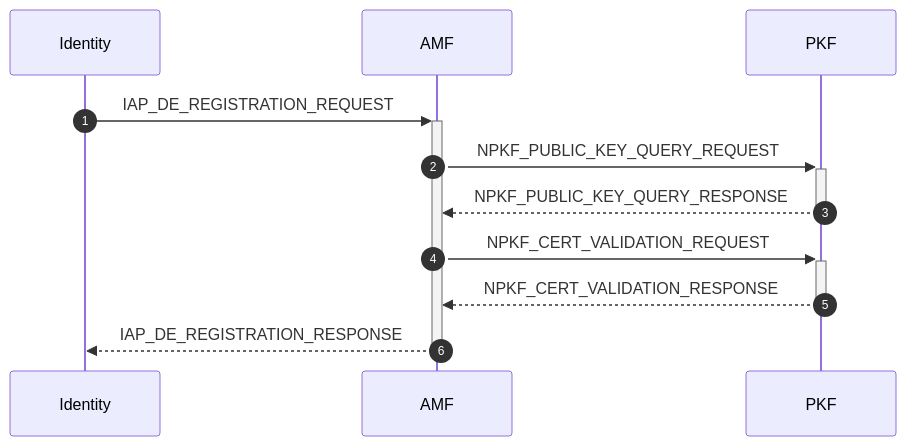
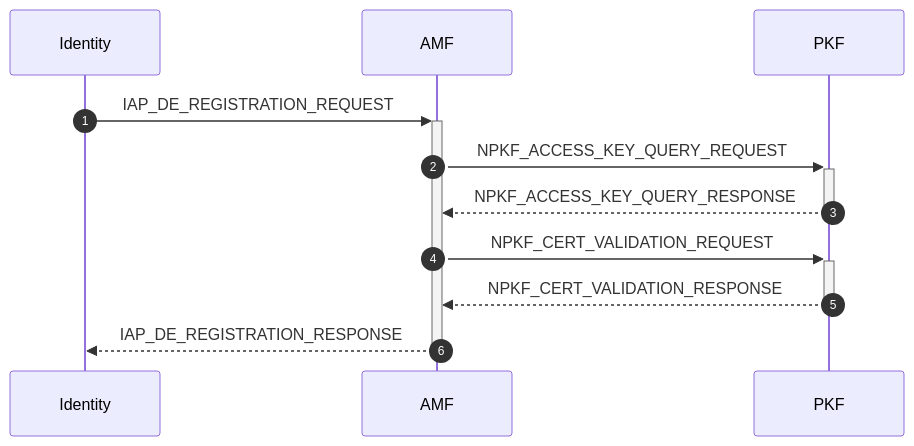
The eighth of 23 diagrams in doc/doc-spec/00-series-general/00.002-procedure.md (veil-link/veilink), drawn with Mermaid before and after one commit. The commit also changed other lines of this file and 1 other file, not shown here.

Commit message:
chore: update as access key

````diff
--- a/doc/doc-spec/00-series-general/00.002-procedure.md
+++ b/doc/doc-spec/00-series-general/00.002-procedure.md
@@ -189,15 +187,15 @@
 ```mermaid
 sequenceDiagram
     autonumber
 
     participant id as Identity
     participant amf as AMF
     participant pkf as PKF
 
     id ->>+ amf: IAP_DE_REGISTRATION_REQUEST
-    amf ->>+ pkf: NPKF_PUBLIC_KEY_QUERY_REQUEST
-    pkf -->>- amf: NPKF_PUBLIC_KEY_QUERY_RESPONSE
+    amf ->>+ pkf: NPKF_ACCESS_KEY_QUERY_REQUEST
+    pkf -->>- amf: NPKF_ACCESS_KEY_QUERY_RESPONSE
     amf ->>+ pkf: NPKF_CERT_VALIDATION_REQUEST
     pkf -->>- amf: NPKF_CERT_VALIDATION_RESPONSE
     amf -->>- id: IAP_DE_REGISTRATION_RESPONSE
 ```
````
